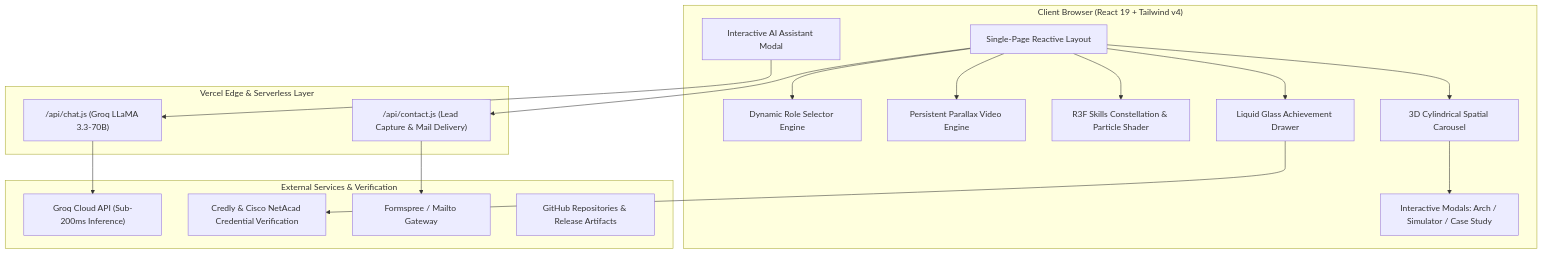
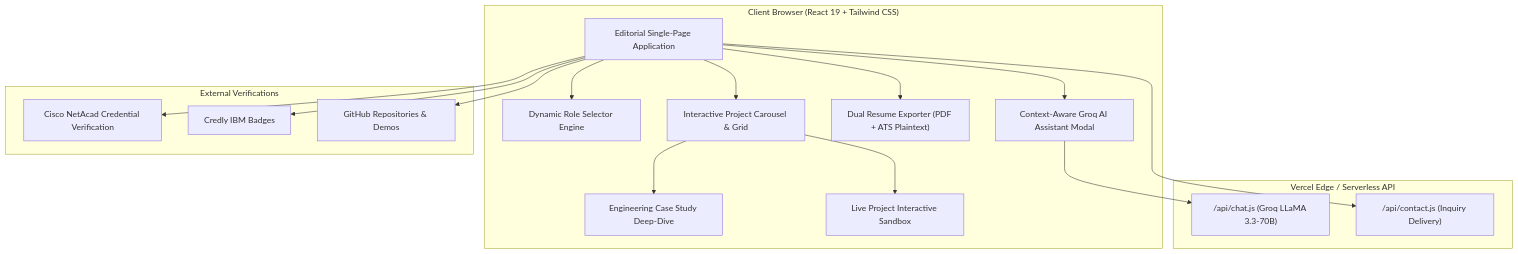
One commit to Lohith-RC/portfolio changed the diagram in README.md. Above: the diagram before and after it, drawn with Mermaid. The commit also changed other lines of this file, not shown here.

Commit message:
docs: update README to reflect light editorial redesign, case studies, and minimalist architecture

````diff
--- a/README.md
+++ b/README.md
@@ -82,37 +111,35 @@
 ```mermaid
 graph TD
-    subgraph Client ["Client Browser (React 19 + Tailwind v4)"]
-        UI["Single-Page Reactive Layout"]
+    subgraph Client ["Client Browser (React 19 + Tailwind CSS)"]
+        UI["Editorial Single-Page Application"]
         RoleEngine["Dynamic Role Selector Engine"]
-        VideoEngine["Persistent Parallax Video Engine"]
-        ThreeScene["R3F Skills Constellation & Particle Shader"]
-        Carousel["3D Cylindrical Spatial Carousel"]
-        Drawers["Liquid Glass Achievement Drawer"]
-        Modals["Interactive Modals: Arch / Simulator / Case Study"]
-        AIChat["Interactive AI Assistant Modal"]
+        Carousel["Interactive Project Carousel & Grid"]
+        CaseStudyModal["Engineering Case Study Deep-Dive"]
+        SimModal["Live Project Interactive Sandbox"]
+        ResumeEngine["Dual Resume Exporter (PDF + ATS Plaintext)"]
+        AIChat["Context-Aware Groq AI Assistant Modal"]
     end
 
-    subgraph Serverless ["Vercel Edge & Serverless Layer"]
+    subgraph Serverless ["Vercel Edge / Serverless API"]
         ChatAPI["/api/chat.js (Groq LLaMA 3.3-70B)"]
-        ContactAPI["/api/contact.js (Lead Capture & Mail Delivery)"]
+        ContactAPI["/api/contact.js (Inquiry Delivery)"]
     end
 
-    subgraph External ["External Services & Verification"]
-        GroqCloud["Groq Cloud API (Sub-200ms Inference)"]
-        Credly["Credly & Cisco NetAcad Credential Verification"]
-        Formspree["Formspree / Mailto Gateway"]
-        GitHub["GitHub Repositories & Release Artifacts"]
+    subgraph Verification ["External Verifications"]
+        CiscoCreds["Cisco NetAcad Credential Verification"]
+        Credly["Credly IBM Badges"]
+        GitHub["GitHub Repositories & Demos"]
     end
 
     UI --> RoleEngine
-    UI --> VideoEngine
-    UI --> ThreeScene
     UI --> Carousel
-    UI --> Drawers
-    Carousel --> Modals
+    Carousel --> CaseStudyModal
+    Carousel --> SimModal
+    UI --> ResumeEngine
+    UI --> AIChat
     AIChat --> ChatAPI
-    ChatAPI --> GroqCloud
     UI --> ContactAPI
-    ContactAPI --> Formspree
-    Drawers --> Credly
+    UI --> CiscoCreds
+    UI --> Credly
+    UI --> GitHub
 ```
````
